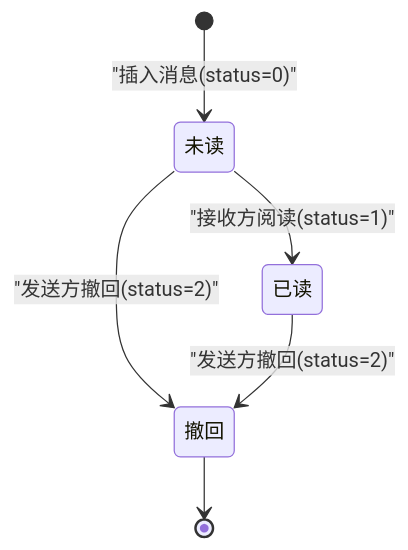
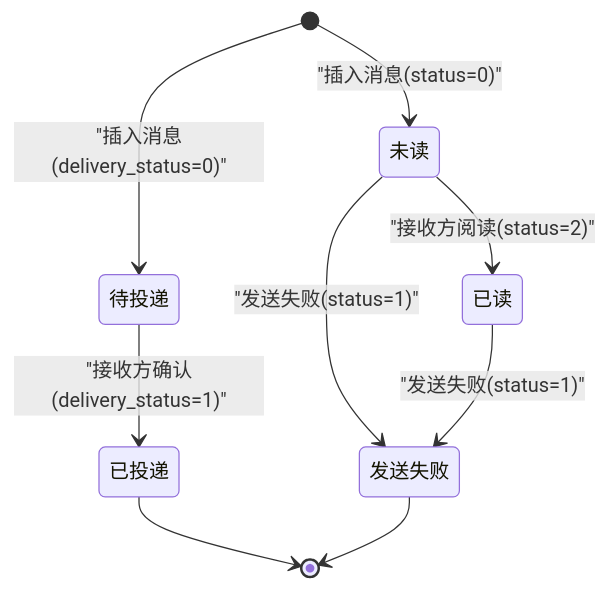
Before and after one commit to echo9923/mychatter: the seventh of 8 diagrams in .qoder/repowiki/zh/content/数据库设计/数据库表结构/聊天消息表(chat_message).md, drawn with Mermaid. The commit also changed other lines of this file and 54 other files, not shown here.

````diff
--- a/.qoder/repowiki/zh/content/数据库设计/数据库表结构/聊天消息表(chat_message).md
+++ b/.qoder/repowiki/zh/content/数据库设计/数据库表结构/聊天消息表(chat_message).md
@@ -225,8 +287,11 @@
 ```mermaid
 stateDiagram-v2
+[*] --> 待投递 : "插入消息(delivery_status=0)"
+待投递 --> 已投递 : "接收方确认(delivery_status=1)"
 [*] --> 未读 : "插入消息(status=0)"
-未读 --> 已读 : "接收方阅读(status=1)"
-未读 --> 撤回 : "发送方撤回(status=2)"
-已读 --> 撤回 : "发送方撤回(status=2)"
-撤回 --> [*]
+未读 --> 已读 : "接收方阅读(status=2)"
+未读 --> 发送失败 : "发送失败(status=1)"
+已读 --> 发送失败 : "发送失败(status=1)"
+已投递 --> [*]
+发送失败 --> [*]
 ```
````
